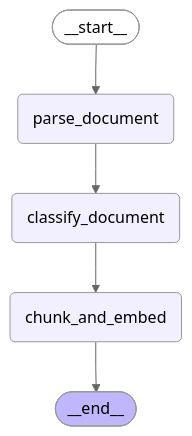
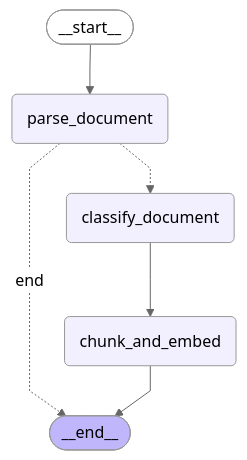
One commit to San-ti-P/ai-tutor changed the diagram in docs/presentation/assets/ingestor.mmd. Above: the diagram before and after it, drawn with Mermaid (neutral theme). The commit also changed 4 other files, not shown here.

First line of the commit message:
docs: regenerate agent graphs from dev + add slideshow.md

```diff
--- a/docs/presentation/assets/ingestor.mmd
+++ b/docs/presentation/assets/ingestor.mmd
@@ -1,18 +1,19 @@
 ---
 config:
   flowchart:
     curve: linear
 ---
 graph TD;
 	__start__([<p>__start__</p>]):::first
 	parse_document(parse_document)
 	classify_document(classify_document)
 	chunk_and_embed(chunk_and_embed)
 	__end__([<p>__end__</p>]):::last
 	__start__ --> parse_document;
 	classify_document --> chunk_and_embed;
-	parse_document --> classify_document;
+	parse_document -. &nbsp;end&nbsp; .-> __end__;
+	parse_document -.-> classify_document;
 	chunk_and_embed --> __end__;
 	classDef default fill:#f2f0ff,line-height:1.2
 	classDef first fill-opacity:0
 	classDef last fill:#bfb6fc
```
